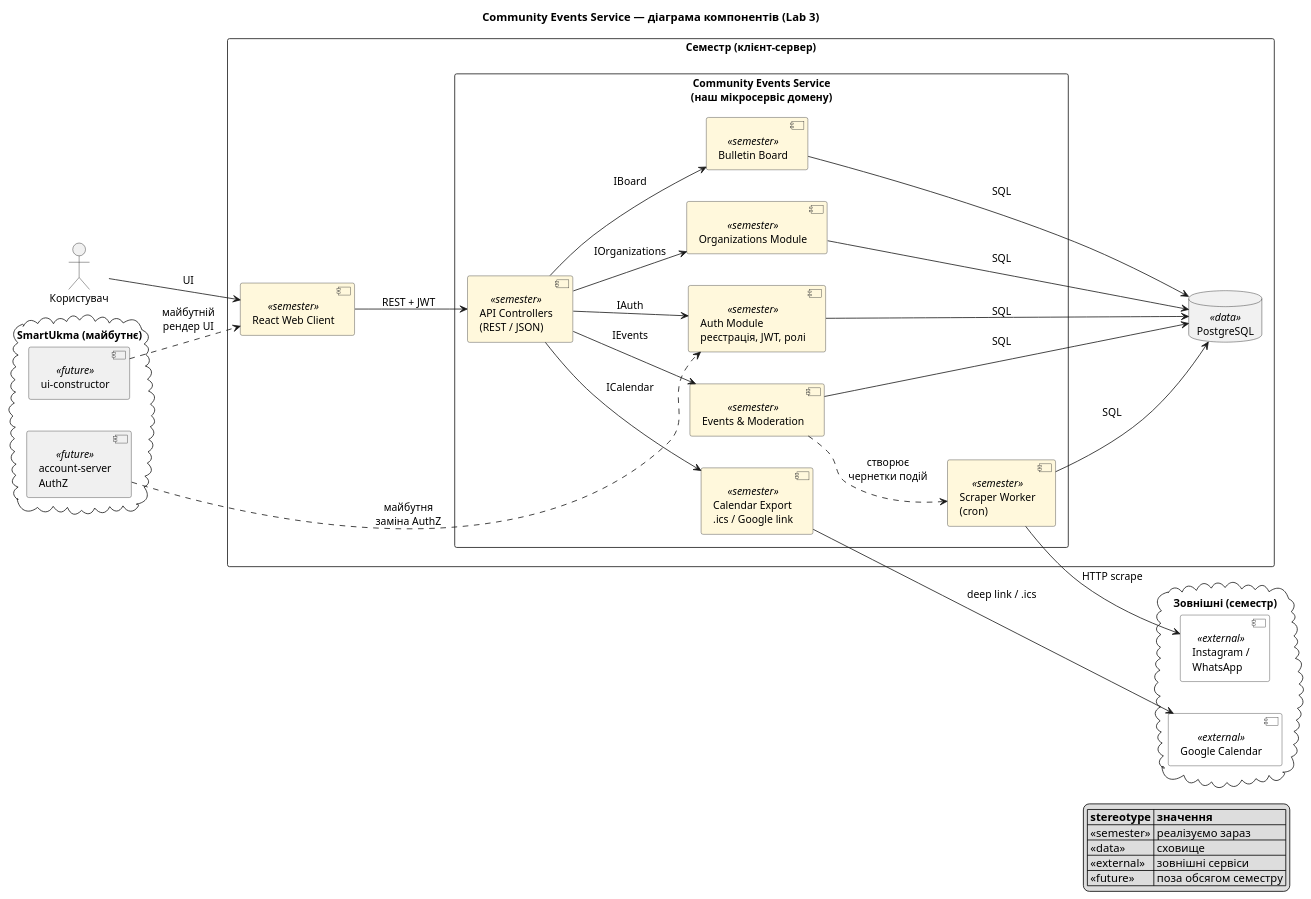
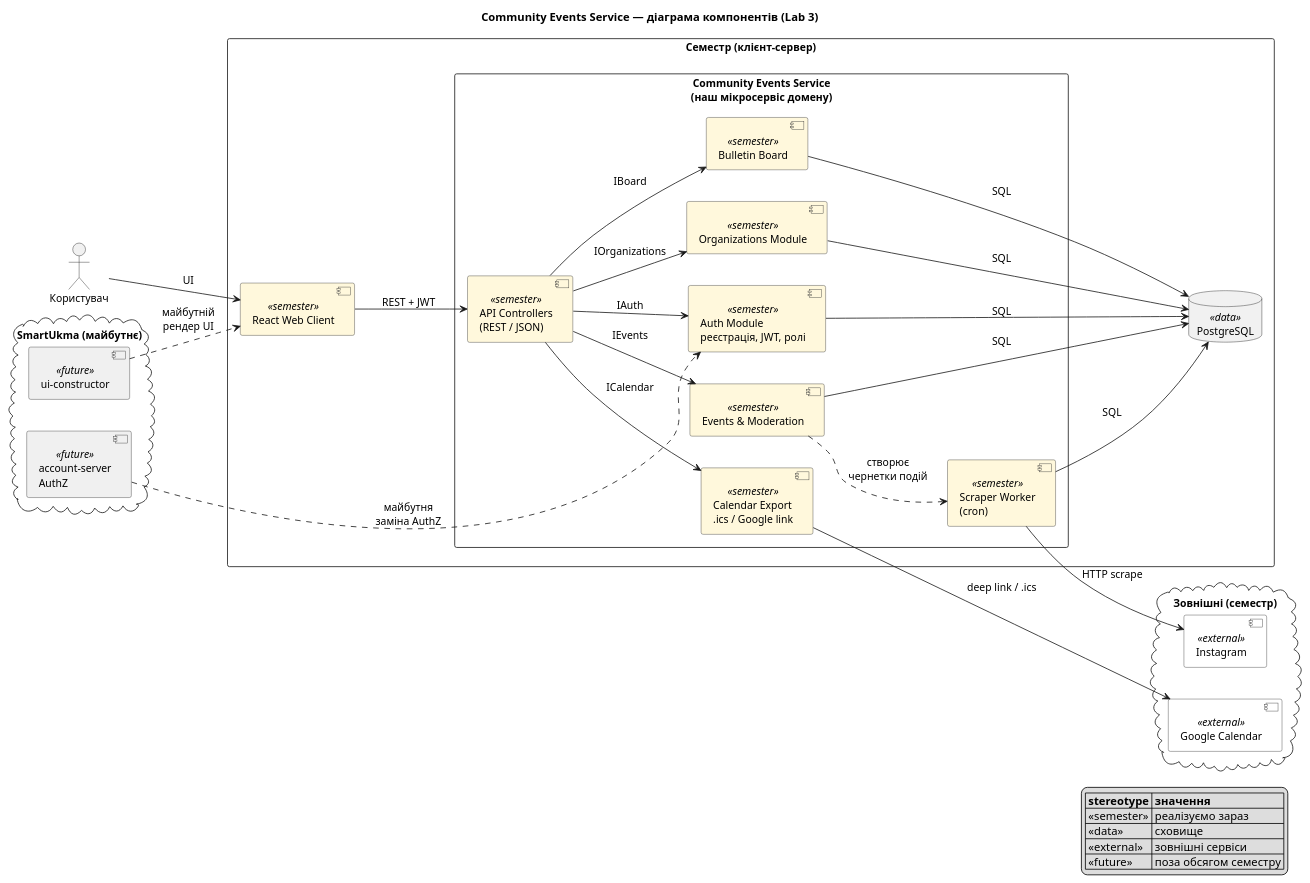
Before and after one commit to ukma-fin-ssdm-2026/b2b-saas-ai-sloppers: the diagram in docs/architecture/uml/components.puml, drawn with PlantUML. The commit also changed 4 other files, not shown here.

```diff
--- a/docs/architecture/uml/components.puml
+++ b/docs/architecture/uml/components.puml
@@ -1,77 +1,77 @@
 @startuml Lab3_Component_Diagram
 title Community Events Service — діаграма компонентів (Lab 3)
 
 left to right direction
 skinparam shadowing false
 skinparam nodesep 40
 skinparam ranksep 50
 skinparam packageStyle rectangle
 skinparam defaultFontSize 13
 skinparam component {
   BackgroundColor<<semester>> #FFF8DC
   BackgroundColor<<data>> #E6F3FF
   BackgroundColor<<external>> #FFFFFF
   BackgroundColor<<future>> #F0F0F0
   BorderColor #333333
 }
 
 actor "Користувач" as User
 
 rectangle "Семестр (клієнт–сервер)" {
   component "React Web Client" as Client <<semester>>
 
   rectangle "Community Events Service\n(наш мікросервіс домену)" {
     component "API Controllers\n(REST / JSON)" as Api <<semester>>
     component "Auth Module\nреєстрація, JWT, ролі" as Auth <<semester>>
     component "Organizations Module" as Orgs <<semester>>
     component "Events & Moderation" as Events <<semester>>
     component "Bulletin Board" as Board <<semester>>
     component "Scraper Worker\n(cron)" as Scraper <<semester>>
     component "Calendar Export\n.ics / Google link" as Cal <<semester>>
   }
 
   database "PostgreSQL" as DB <<data>>
 }
 
 cloud "Зовнішні (семестр)" {
-  component "Instagram /\nWhatsApp" as Social <<external>>
+  component "Instagram" as Social <<external>>
   component "Google Calendar" as GCal <<external>>
 }
 
 cloud "SmartUkma (майбутнє)" {
   component "account-server\nAuthZ" as Account <<future>>
   component "ui-constructor" as UICtor <<future>>
 }
 
 User --> Client : UI
 
 Client --> Api : REST + JWT
 
 Api --> Auth : IAuth
 Api --> Orgs : IOrganizations
 Api --> Events : IEvents
 Api --> Board : IBoard
 Api --> Cal : ICalendar
 
 Auth --> DB : SQL
 Orgs --> DB : SQL
 Events --> DB : SQL
 Board --> DB : SQL
 Scraper --> DB : SQL
 
 Scraper --> Social : HTTP scrape
 Events ..> Scraper : створює\nчернетки подій
 Cal --> GCal : deep link / .ics
 
 Account ..> Auth : майбутня\nзаміна AuthZ
 UICtor ..> Client : майбутній\nрендер UI
 
 legend right
   |= stereotype |= значення |
   | <<semester>> | реалізуємо зараз |
   | <<data>> | сховище |
   | <<external>> | зовнішні сервіси |
   | <<future>> | поза обсягом семестру |
 endlegend
 
 @enduml
```
